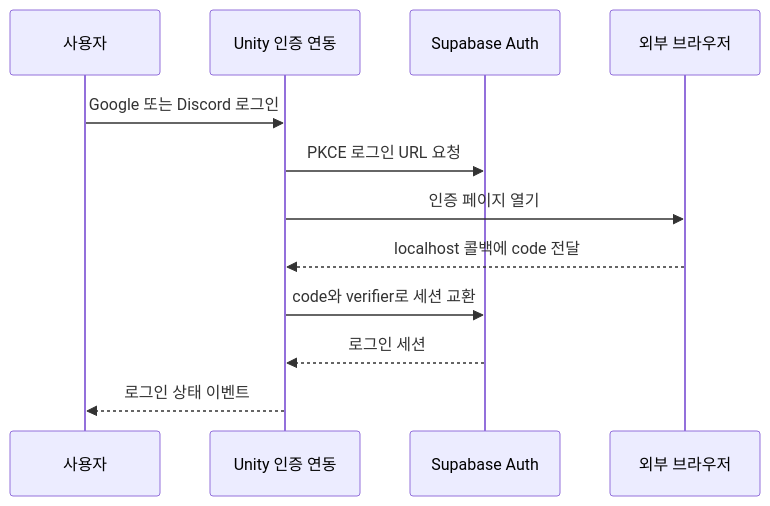
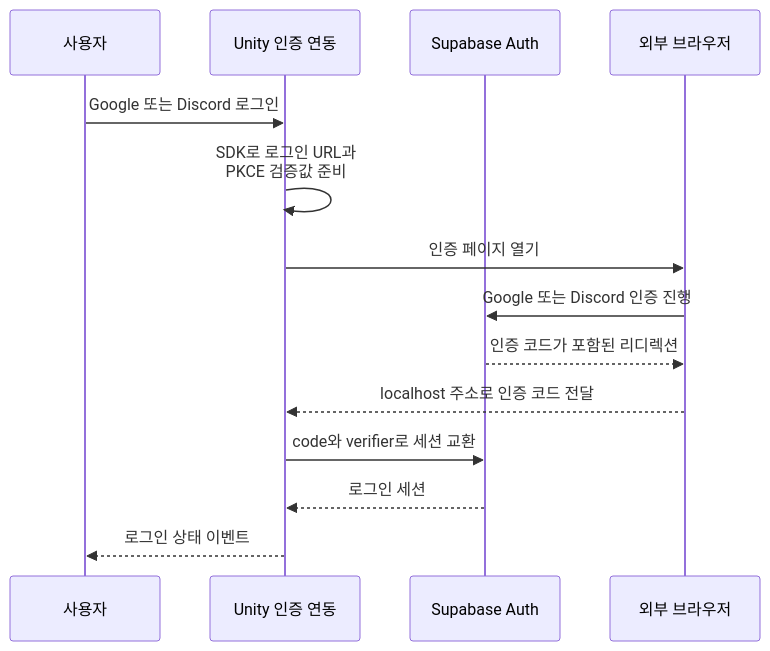
Before and after one commit to 1Seong/EulerianAurora: the first of 2 diagrams in portfolio/authentication/README.md, drawn with Mermaid. The commit also changed other lines of this file and 9 other files, not shown here.

````diff
--- a/portfolio/authentication/README.md
+++ b/portfolio/authentication/README.md
@@ -13,15 +11,17 @@
 ```mermaid
 %%{init: {"htmlLabels": false, "themeVariables": {"fontFamily": "Arial, sans-serif"}, "flowchart": {"padding": 20, "diagramPadding": 20}, "sequence": {"diagramMarginX": 24, "diagramMarginY": 16, "wrap": true}}}%%
 sequenceDiagram
   participant U as 사용자
   participant C as Unity 인증 연동
   participant A as Supabase Auth
   participant B as 외부 브라우저
   U->>C: Google 또는 Discord 로그인
-  C->>A: PKCE 로그인 URL 요청
+  C->>C: SDK로 로그인 URL과 PKCE 검증값 준비
   C->>B: 인증 페이지 열기
-  B-->>C: localhost 콜백에 code 전달
+  B->>A: Google 또는 Discord 인증 진행
+  A-->>B: 인증 코드가 포함된 리디렉션
+  B-->>C: localhost 주소로 인증 코드 전달
   C->>A: code와 verifier로 세션 교환
   A-->>C: 로그인 세션
   C-->>U: 로그인 상태 이벤트
 ```
````
